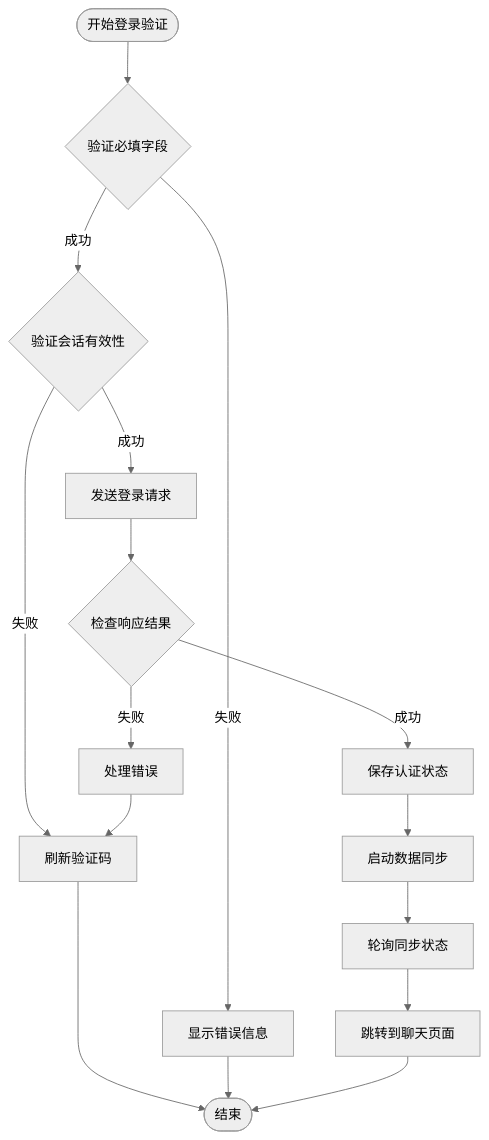
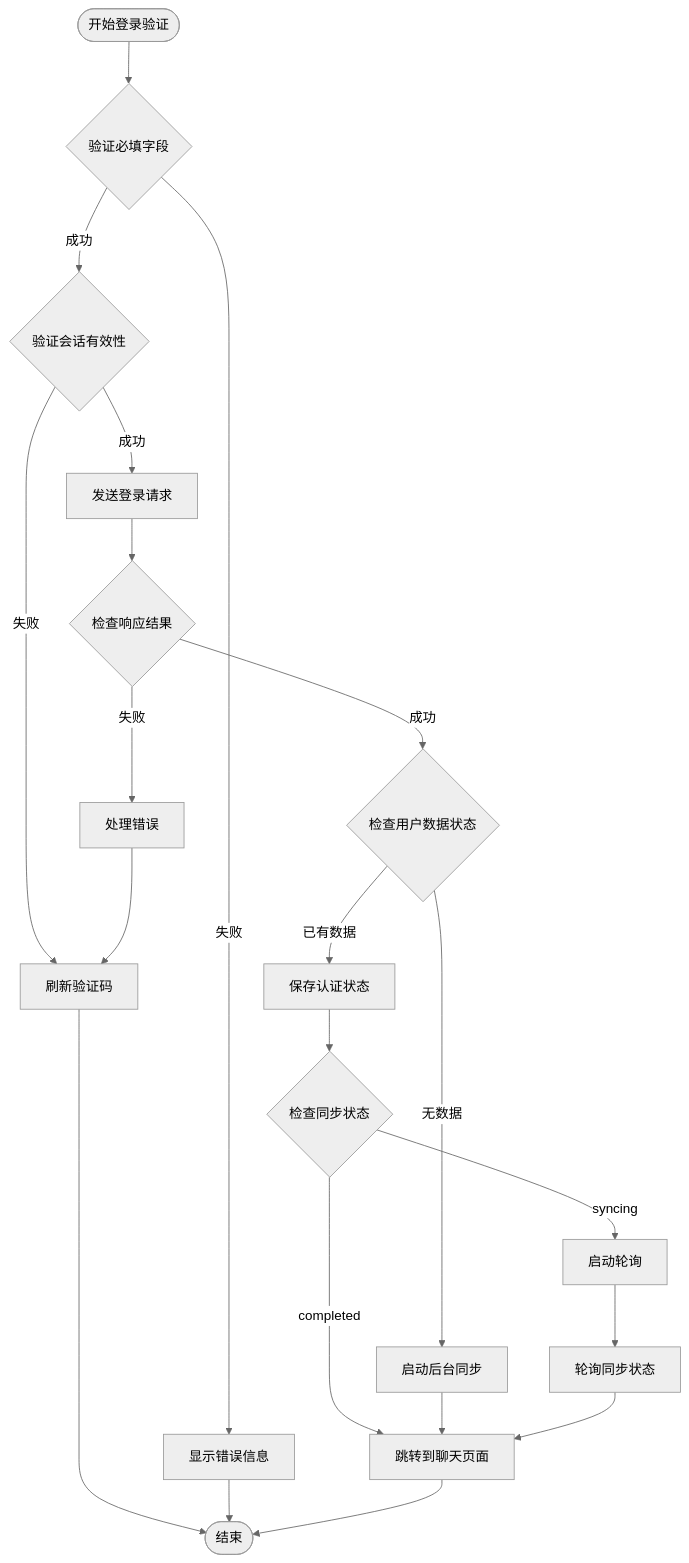
One commit to ghbbn053-ship-itsoulddog/soulddog changed the fifth of 11 diagrams in .qoder/repowiki/zh/content/前端应用文档/登录页面与认证流程.md. Above: the diagram before and after it, drawn with Mermaid (neutral theme). The commit also changed other lines of this file and 8 other files, not shown here.

````diff
--- a/.qoder/repowiki/zh/content/前端应用文档/登录页面与认证流程.md
+++ b/.qoder/repowiki/zh/content/前端应用文档/登录页面与认证流程.md
@@ -237,18 +276,23 @@
 ```mermaid
 flowchart TD
 Start([开始登录验证]) --> ValidateFields{验证必填字段}
 ValidateFields --> |失败| ShowError[显示错误信息]
 ValidateFields --> |成功| ValidateSession{验证会话有效性}
 ValidateSession --> |失败| RefreshCaptcha[刷新验证码]
 ValidateSession --> |成功| SendRequest[发送登录请求]
 RefreshCaptcha --> End([结束])
 ShowError --> End
 SendRequest --> CheckResponse{检查响应结果}
-CheckResponse --> |成功| SaveAuth[保存认证状态]
+CheckResponse --> |成功| CheckUserData{检查用户数据状态}
+CheckUserData --> |已有数据| SaveAuth[保存认证状态]
+CheckUserData --> |无数据| StartSync[启动后台同步]
 CheckResponse --> |失败| HandleError[处理错误]
-SaveAuth --> StartSync[启动数据同步]
-StartSync --> PollStatus[轮询同步状态]
-PollStatus --> Navigate[跳转到聊天页面]
+SaveAuth --> CheckSyncStatus{检查同步状态}
+CheckSyncStatus --> |completed| Navigate[跳转到聊天页面]
+CheckSyncStatus --> |syncing| StartPolling[启动轮询]
 HandleError --> RefreshCaptcha
+StartSync --> Navigate
+StartPolling --> PollStatus[轮询同步状态]
+PollStatus --> Navigate
 Navigate --> End
 ```
````
